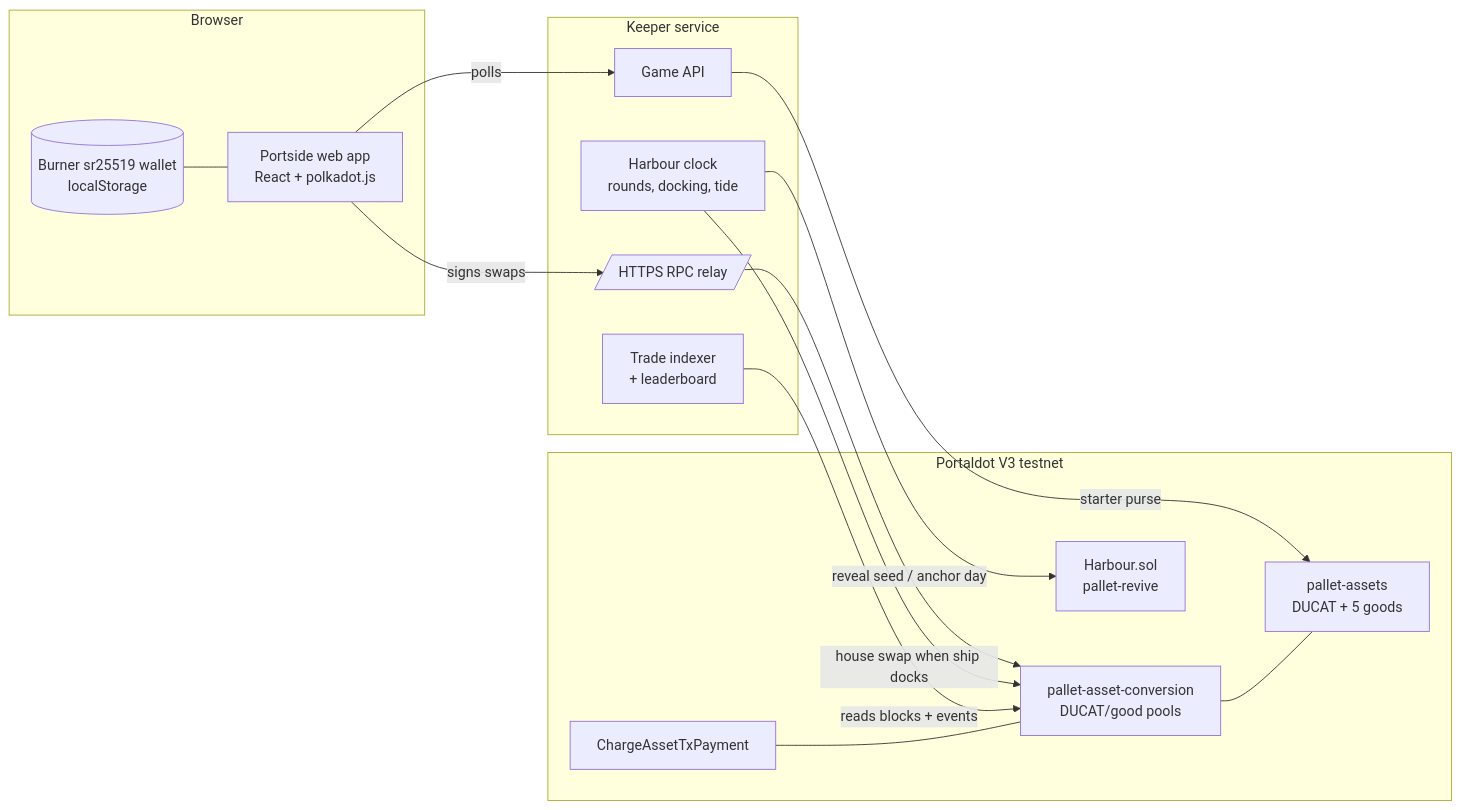
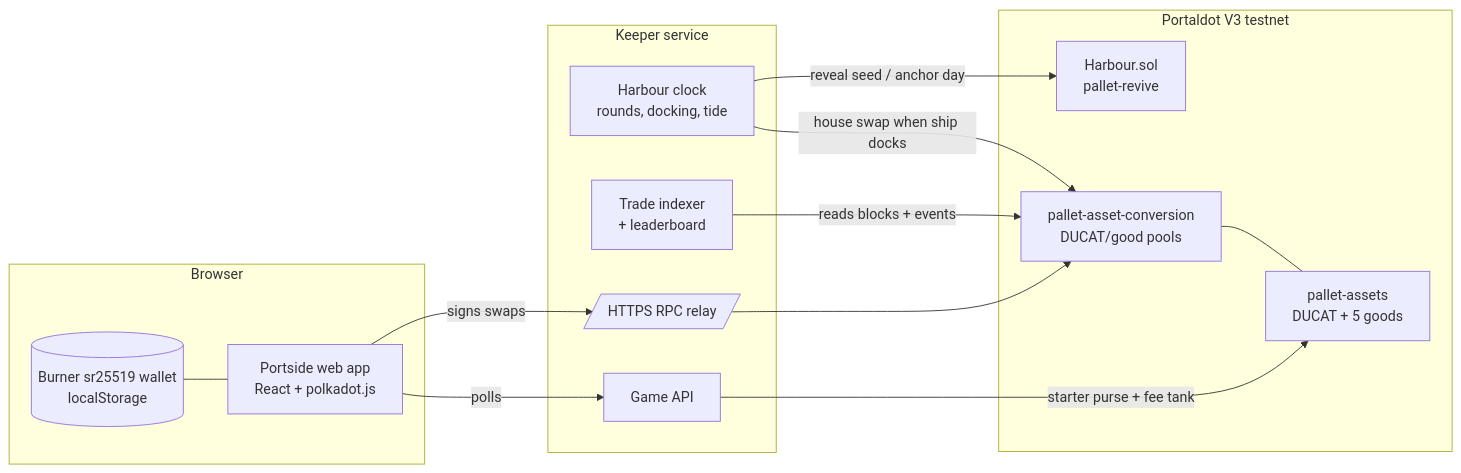
The diagram in README.md (neromtoobad/portside), drawn with Mermaid before and after one commit. The commit also changed other lines of this file, not shown here.

Commit message:
Record the testnet deployment and what V3 fee payment taught us

````diff
--- a/README.md
+++ b/README.md
@@ -23,28 +23,26 @@
 ```mermaid
 flowchart LR
   subgraph Browser
     W[Portside web app<br/>React + polkadot.js]
     K[(Burner sr25519 wallet<br/>localStorage)]
   end
   subgraph Keeper[Keeper service]
     C[Harbour clock<br/>rounds, docking, tide]
     I[Trade indexer<br/>+ leaderboard]
     R[/HTTPS RPC relay/]
     A[Game API]
   end
   subgraph Portaldot[Portaldot V3 testnet]
     AS[pallet-assets<br/>DUCAT + 5 goods]
     DEX[pallet-asset-conversion<br/>DUCAT/good pools]
-    FEE[ChargeAssetTxPayment]
     H[Harbour.sol<br/>pallet-revive]
   end
   W -- signs swaps --> R --> DEX
   K --- W
   W -- polls --> A
   C -- reveal seed / anchor day --> H
   C -- house swap when ship docks --> DEX
   I -- reads blocks + events --> DEX
-  A -- starter purse --> AS
+  A -- starter purse + fee tank --> AS
   DEX --- AS
-  FEE --- DEX
 ```
````
